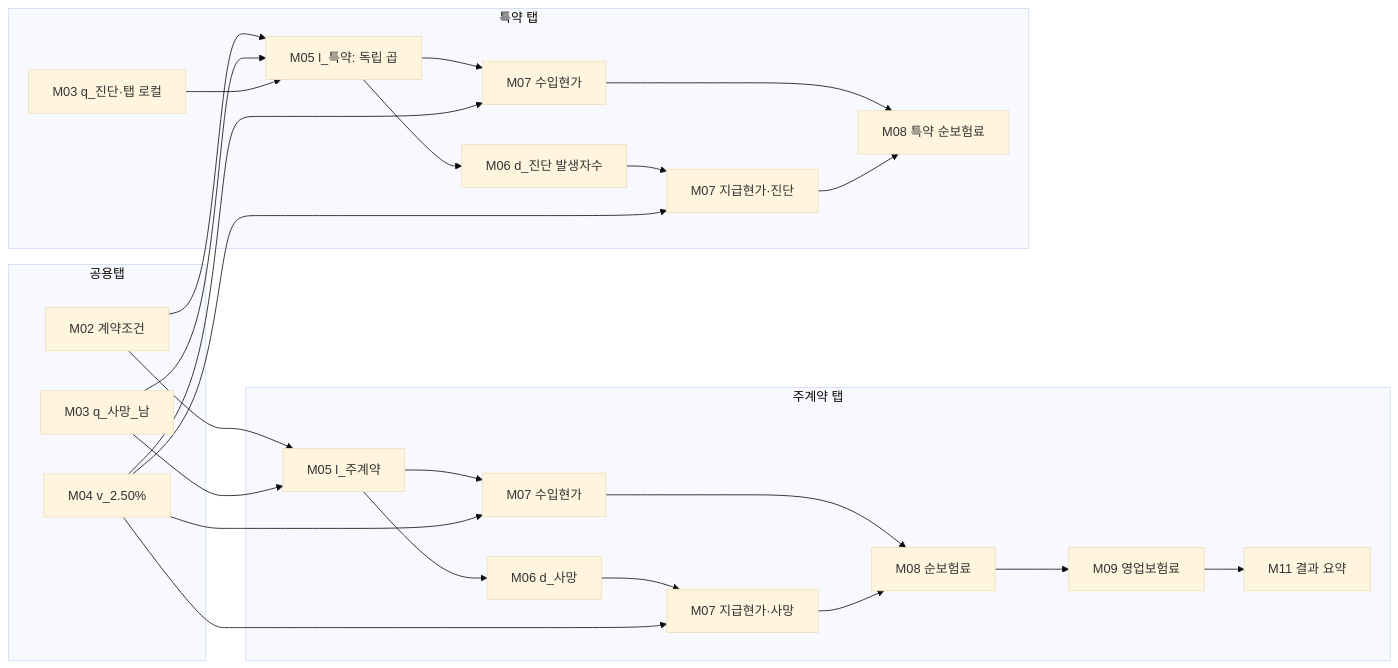
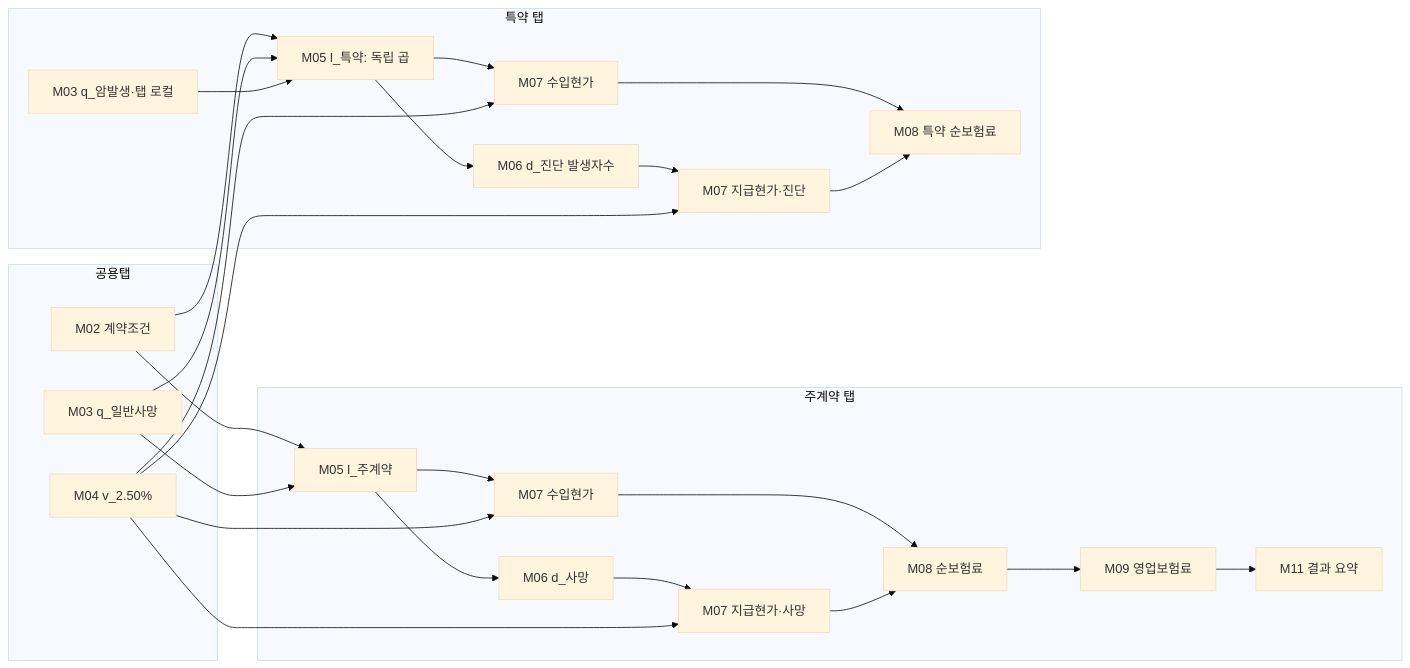
The second of 3 diagrams in PremiaFlow_설계서_v1.2.md (taekyoleen-oss/Life_Prem_Calc), drawn with Mermaid (base theme) before and after one commit. The commit also changed other lines of this file and 21 other files, not shown here.

First line of the commit message:
더미 위험률: 성별 구분 폐지 → 담보 5종 (일반사망·재해사망·장애50·암발생·암수술)

````diff
--- a/PremiaFlow_설계서_v1.2.md
+++ b/PremiaFlow_설계서_v1.2.md
@@ -142,33 +142,33 @@
 ```mermaid
 flowchart LR
     subgraph SH[공용탭]
         C[M02 계약조건]
-        Q1[M03 q_사망_남]
+        Q1[M03 q_일반사망]
         I1[M04 v_2.50%]
     end
     subgraph MAIN[주계약 탭]
         L1[M05 l_주계약] --> D1[M06 d_사망]
         L1 --> PVI[M07 수입현가]
         D1 --> PVO[M07 지급현가·사망]
         PVI --> NP[M08 순보험료]
         PVO --> NP
         NP --> GP[M09 영업보험료] --> OUT[M11 결과 요약]
     end
     subgraph RIDER[특약 탭]
-        Q2[M03 q_진단·탭 로컬]
+        Q2[M03 q_암발생·탭 로컬]
         L2[M05 l_특약: 독립 곱] --> D2[M06 d_진단 발생자수]
         L2 --> PVI2[M07 수입현가]
         D2 --> PVO2[M07 지급현가·진단]
         PVI2 --> NP2[M08 특약 순보험료]
         PVO2 --> NP2
     end
     C --> L1
     Q1 --> L1
     I1 --> PVI
     I1 --> PVO
     C --> L2
     Q1 --> L2
     Q2 --> L2
     I1 --> PVI2
     I1 --> PVO2
 ```
````
